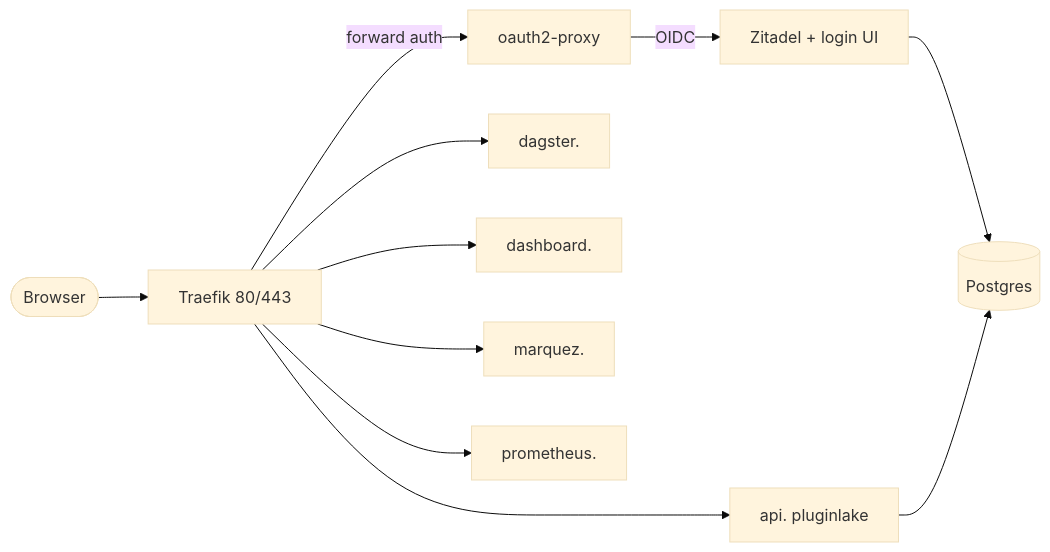
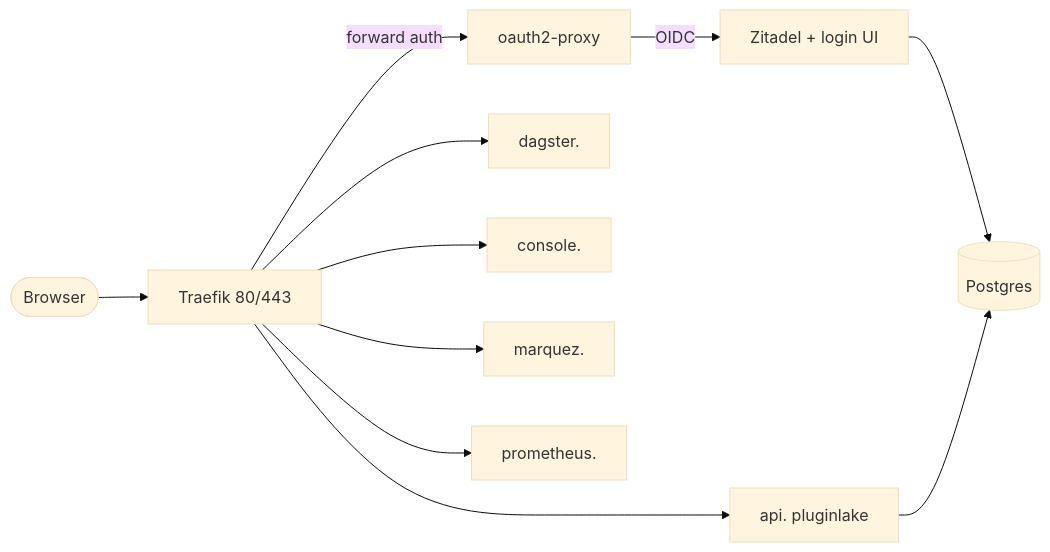
The diagram in docs/guides/docker.md (plugin-healthcare/pluginlake), drawn with Mermaid (base theme) before and after one commit. The commit also changed other lines of this file and 26 other files, not shown here.

````diff
--- a/docs/guides/docker.md
+++ b/docs/guides/docker.md
@@ -202,13 +202,13 @@
 ```mermaid
 flowchart LR
     user([Browser]) --> traefik[Traefik 80/443]
     traefik -- forward auth --> proxy[oauth2-proxy]
     proxy -- OIDC --> zitadel[Zitadel + login UI]
     traefik --> api[api. pluginlake]
     traefik --> dagster[dagster.]
-    traefik --> dash[dashboard.]
+    traefik --> dash[console.]
     traefik --> marquez[marquez.]
     traefik --> prom[prometheus.]
     zitadel --> pg[(Postgres)]
     api --> pg
 ```
````
